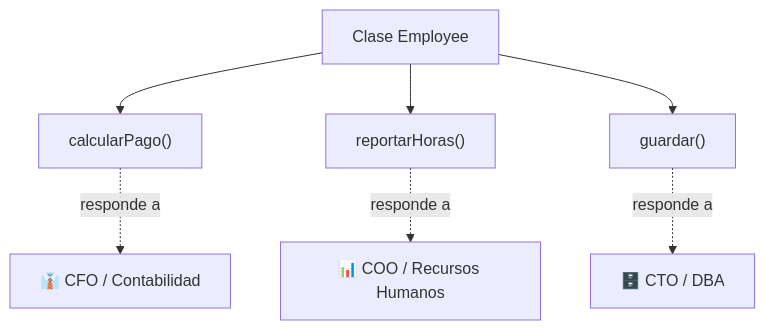
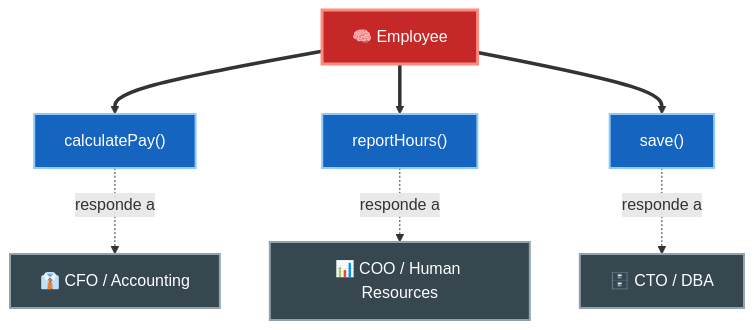
Before and after one commit to JavierMachucaA/clean-architecture-guia: the first of 3 diagrams in 03-principios-solid/01-srp-single-responsibility.md, drawn with Mermaid. The commit also changed other lines of this file and 45 other files, not shown here.

````diff
--- a/03-principios-solid/01-srp-single-responsibility.md
+++ b/03-principios-solid/01-srp-single-responsibility.md
@@ -21,11 +21,19 @@
 ```mermaid
 flowchart TD
-    E["Clase Employee"]
-    E --> CP["calcularPago()"]
-    E --> RH["reportarHoras()"]
-    E --> GB["guardar()"]
+    E["🧠 Employee"]
+    E ==> CP["calculatePay()"]
+    E ==> RH["reportHours()"]
+    E ==> GB["save()"]
 
-    CP -.responde a.-> CFO["👔 CFO / Contabilidad"]
-    RH -.responde a.-> COO["📊 COO / Recursos Humanos"]
+    CP -.responde a.-> CFO["👔 CFO / Accounting"]
+    RH -.responde a.-> COO["📊 COO / Human Resources"]
     GB -.responde a.-> DBA["🗄️ CTO / DBA"]
+
+    style E fill:#c62828,stroke:#ff8a80,color:#fff,stroke-width:3px
+    style CP fill:#1565c0,stroke:#90caf9,color:#fff,stroke-width:2px
+    style RH fill:#1565c0,stroke:#90caf9,color:#fff,stroke-width:2px
+    style GB fill:#1565c0,stroke:#90caf9,color:#fff,stroke-width:2px
+    style CFO fill:#37474f,stroke:#90a4ae,color:#fff,stroke-width:2px
+    style COO fill:#37474f,stroke:#90a4ae,color:#fff,stroke-width:2px
+    style DBA fill:#37474f,stroke:#90a4ae,color:#fff,stroke-width:2px
 ```
````
